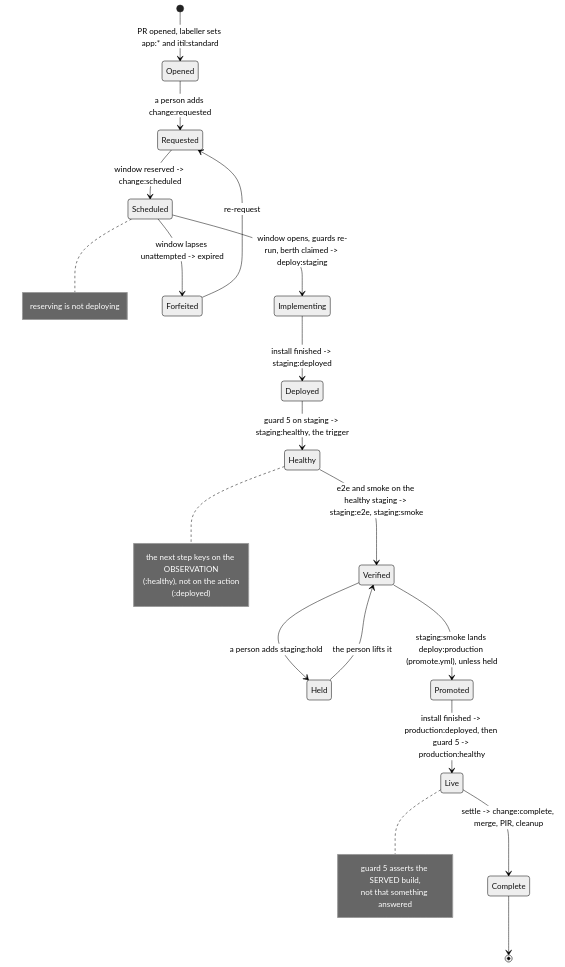
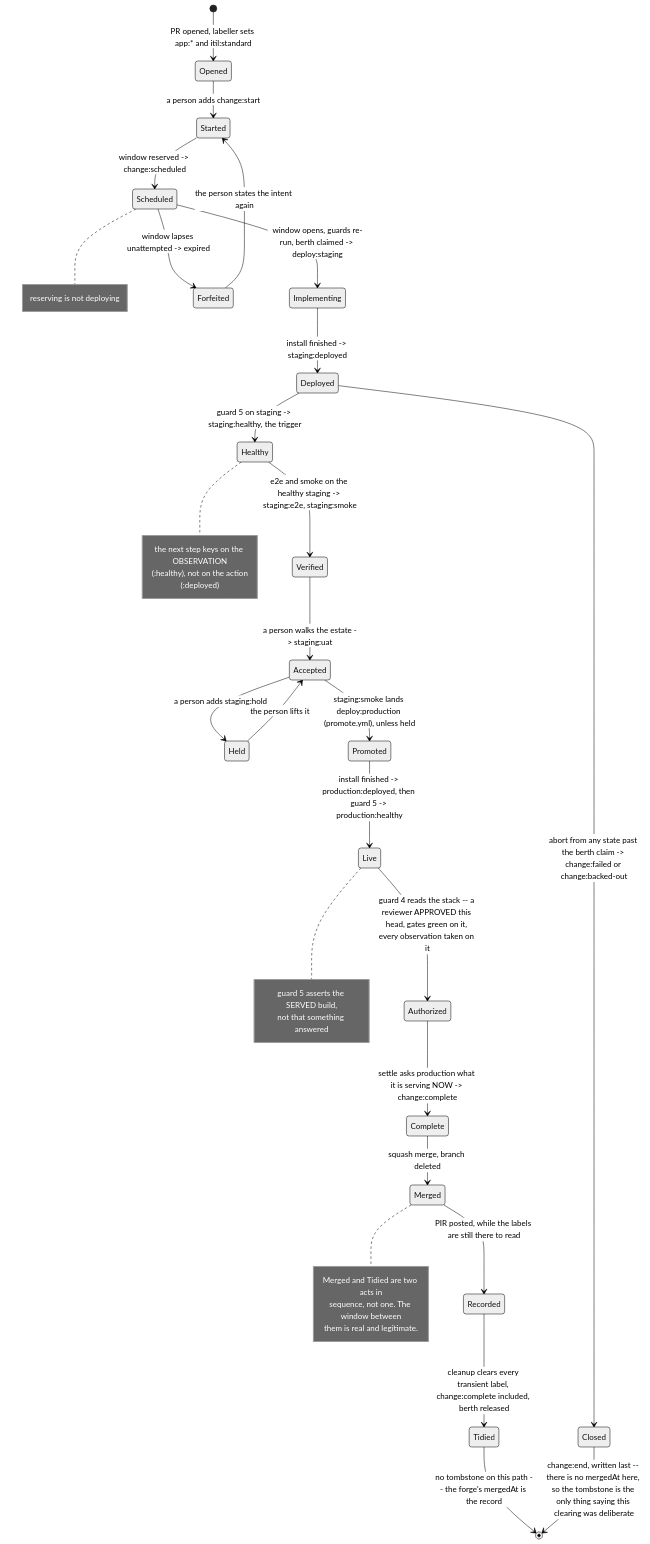
The first of 6 diagrams in README.org (aygp-dr/standard-change), drawn with Mermaid (neutral theme) before and after one commit. The commit also changed other lines of this file, not shown here.

First line of the commit message:
docs(readme): the cleanup flow, the reviewer, and two dead labels removed

```diff
--- a/README.org
+++ b/README.org
@@ -48,32 +48,45 @@
 #+begin_src mermaid :eval never-export
 stateDiagram-v2
     direction TB
     [*] --> Opened: PR opened, labeller sets app:* and itil:standard
-    Opened --> Requested: a person adds change:requested
-    Requested --> Scheduled: window reserved -> change:scheduled
+    Opened --> Started: a person adds change:start
+    Started --> Scheduled: window reserved -> change:scheduled
     Scheduled --> Implementing: window opens, guards re-run, berth claimed -> deploy:staging
     Scheduled --> Forfeited: window lapses unattempted -> expired
     Implementing --> Deployed: install finished -> staging:deployed
     Deployed --> Healthy: guard 5 on staging -> staging:healthy, the trigger
     Healthy --> Verified: e2e and smoke on the healthy staging -> staging:e2e, staging:smoke
-    Verified --> Held: a person adds staging:hold
-    Held --> Verified: the person lifts it
-    Verified --> Promoted: staging:smoke lands deploy:production (promote.yml), unless held
+    Verified --> Accepted: a person walks the estate -> staging:uat
+    Accepted --> Held: a person adds staging:hold
+    Held --> Accepted: the person lifts it
+    Accepted --> Promoted: staging:smoke lands deploy:production (promote.yml), unless held
     Promoted --> Live: install finished -> production:deployed, then guard 5 -> production:healthy
-    Live --> Complete: settle -> change:complete, merge, PIR, cleanup
-    Complete --> [*]
-    Forfeited --> Requested: re-request
+    Live --> Authorized: guard 4 reads the stack -- a reviewer APPROVED this head, gates green on it, every observation taken on it
+    Authorized --> Complete: settle asks production what it is serving NOW -> change:complete
+    Complete --> Merged: squash merge, branch deleted
+    Merged --> Recorded: PIR posted, while the labels are still there to read
+    Recorded --> Tidied: cleanup clears every transient label, change:complete included, berth released
+    Tidied --> [*]: no tombstone on this path -- the forge's mergedAt is the record
+    Forfeited --> Started: the person states the intent again
+
+    Deployed --> Closed: abort from any state past the berth claim -> change:failed or change:backed-out
+    Closed --> [*]: change:end, written last -- there is no mergedAt here, so the tombstone is the only thing saying this clearing was deliberate
 
     note right of Scheduled
         reserving is not deploying
     end note
     note right of Healthy
         the next step keys on the OBSERVATION
         (<env>:healthy), not on the action
         (<env>:deployed)
     end note
     note right of Live
         guard 5 asserts the SERVED build,
         not that something answered
     end note
+    note right of Merged
+        Merged and Tidied are two acts in
+        sequence, not one. The window between
+        them is real and legitimate.
+    end note
 #+end_src
```
